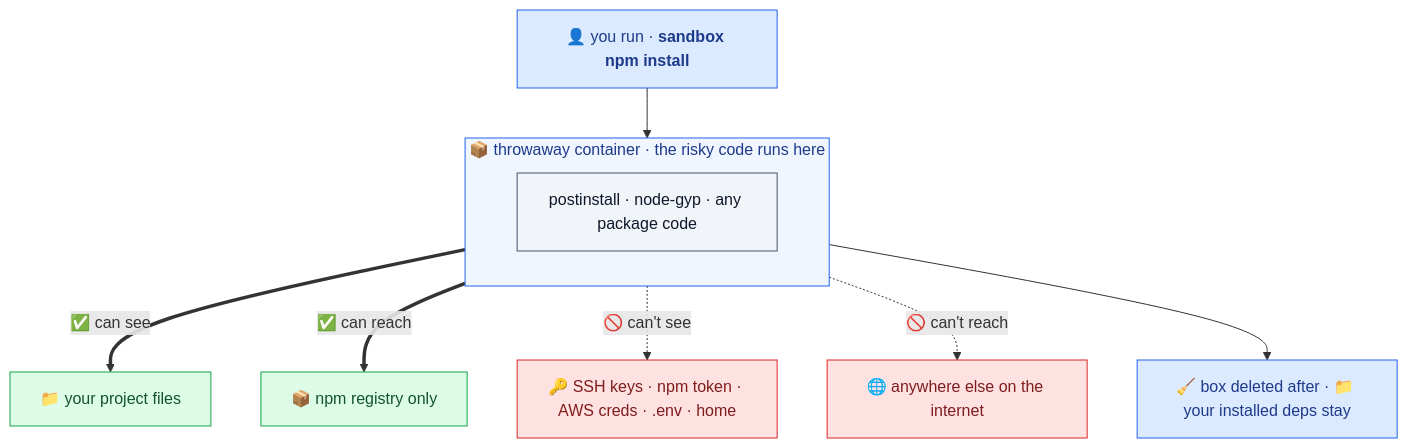
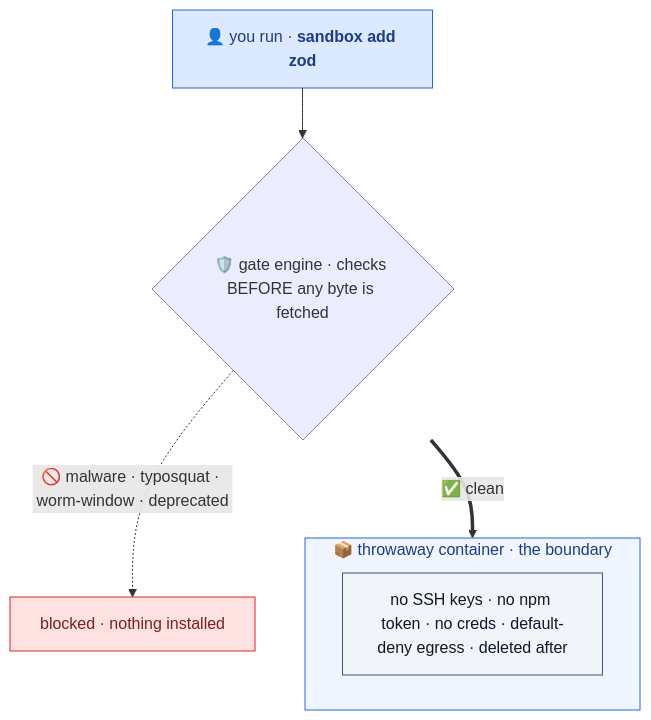
One commit to jagreehal/sandbox-node changed the first of 4 diagrams in docs/reference.md. Above: the diagram before and after it, drawn with Mermaid. The commit also changed other lines of this file and 73 other files, not shown here.

````diff
--- a/docs/reference.md
+++ b/docs/reference.md
@@ -9,18 +13,15 @@
 ```mermaid
 flowchart TB
-    YOU["👤 you run · <b>sandbox npm install</b>"]:::cmd
-    subgraph BOX["📦 throwaway container · the risky code runs here"]
-        RUN["postinstall · node-gyp · any package code"]:::neutral
+    YOU["👤 you run · <b>sandbox add zod</b>"]:::cmd
+    YOU --> GATE{"🛡️ gate engine · checks BEFORE any byte is fetched"}
+    GATE -.->|"🚫 malware · typosquat · worm-window · deprecated"| STOP["blocked · nothing installed"]:::danger
+    GATE ==>|"✅ clean"| BOX
+    subgraph BOX["📦 throwaway container · the boundary"]
+        RUN["no SSH keys · no npm token · no creds · default-deny egress · deleted after"]:::neutral
     end
-    YOU --> BOX
-    BOX ==>|"✅ can see"| PROJ["📁 your project files"]:::safe
-    BOX ==>|"✅ can reach"| REG["📦 npm registry only"]:::safe
-    BOX -.->|"🚫 can't see"| SEC["🔑 SSH keys · npm token · AWS creds · .env · home"]:::danger
-    BOX -.->|"🚫 can't reach"| EVIL["🌐 anywhere else on the internet"]:::danger
-    BOX --> OUT["🧹 box deleted after · 📁 your installed deps stay"]:::cmd
     classDef cmd fill:#dbeafe,stroke:#2563eb,color:#1e3a8a;
     classDef safe fill:#dcfce7,stroke:#16a34a,color:#14532d;
     classDef danger fill:#fee2e2,stroke:#dc2626,color:#7f1d1d;
     classDef neutral fill:#f1f5f9,stroke:#475569,color:#0f172a;
     style BOX fill:#eff6ff,stroke:#2563eb,color:#1e3a8a;
 ```
````
